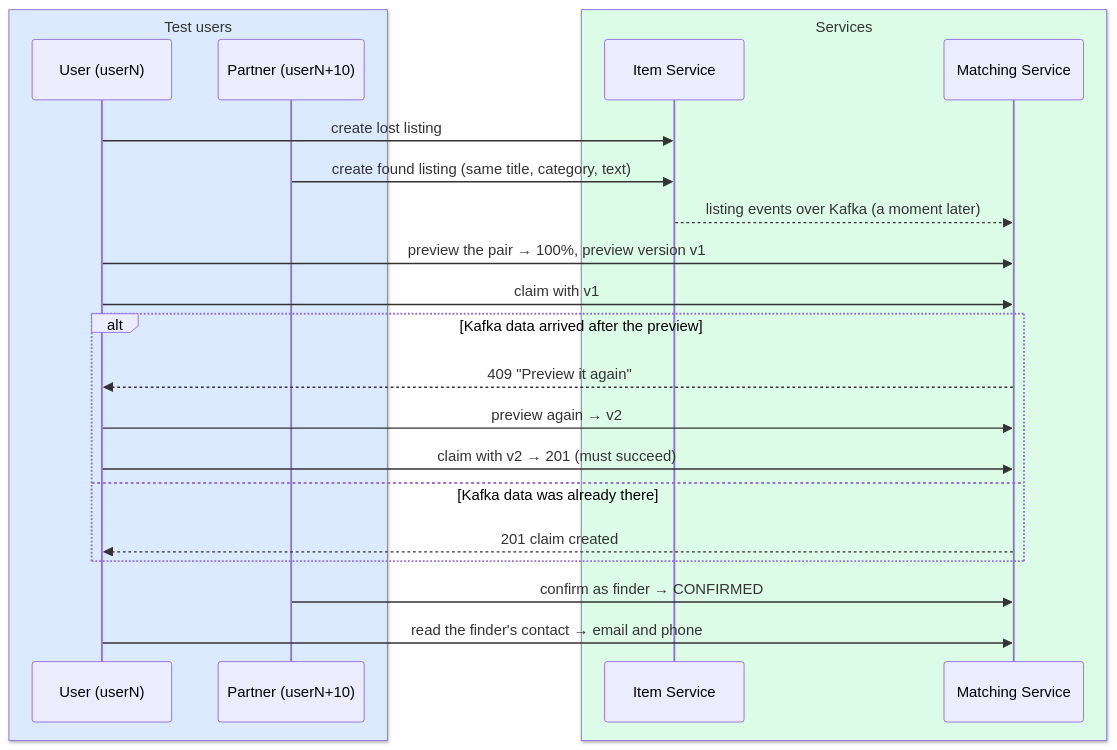
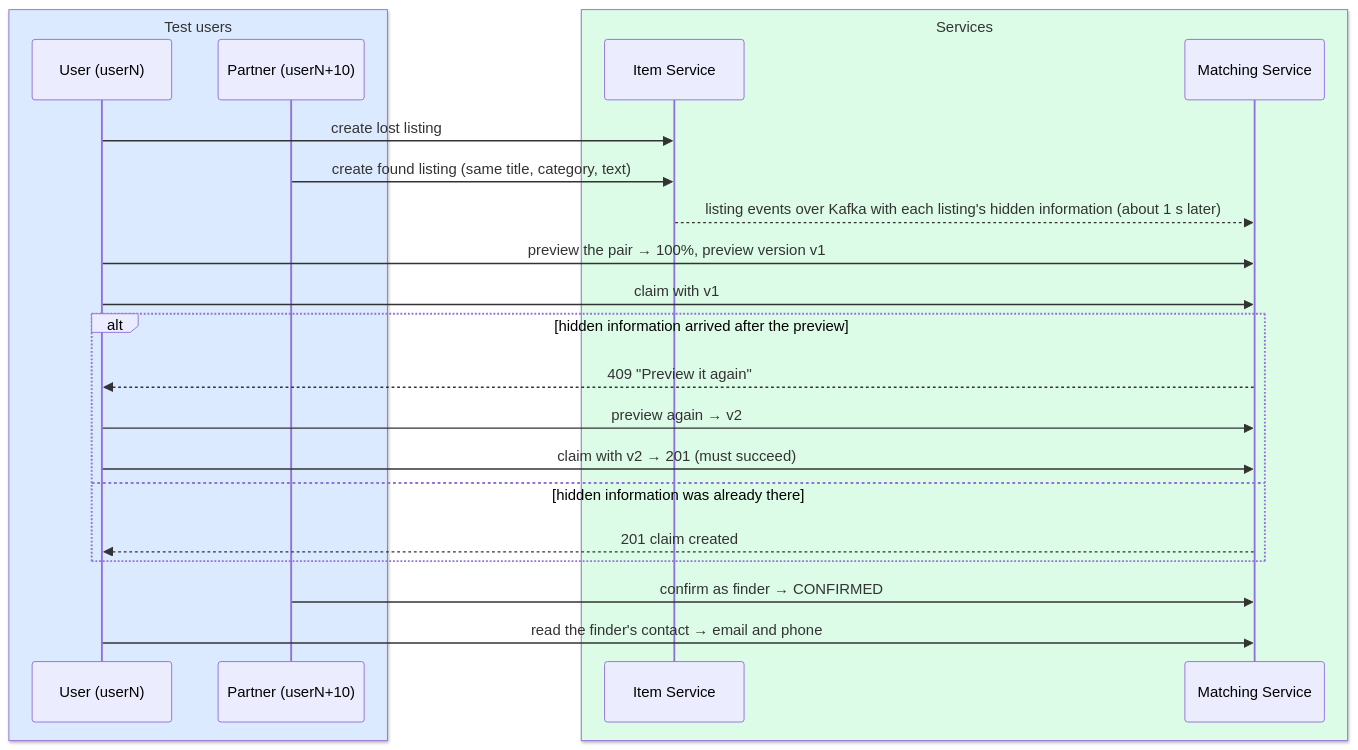
The third of 4 diagrams in testing-pipeline/load-testing/README.md (IT24103447/LostandFoundApp), drawn with Mermaid before and after one commit. The commit also changed other lines of this file and 1 other file, not shown here.

Commit message:
Rewrite the load-testing README for the extended plan: design rationale, output and report guide, diagrams

````diff
--- a/testing-pipeline/load-testing/README.md
+++ b/testing-pipeline/load-testing/README.md
@@ -211,25 +211,25 @@
 ```mermaid
 sequenceDiagram
     box rgb(219,234,254) Test users
         participant U as User (userN)
         participant P as Partner (userN+10)
     end
     box rgb(220,252,231) Services
         participant I as Item Service
         participant M as Matching Service
     end
     U->>I: create lost listing
     P->>I: create found listing (same title, category, text)
-    I-->>M: listing events over Kafka (a moment later)
+    I-->>M: listing events over Kafka with each listing's hidden information (about 1 s later)
     U->>M: preview the pair → 100%, preview version v1
     U->>M: claim with v1
-    alt Kafka data arrived after the preview
+    alt hidden information arrived after the preview
         M-->>U: 409 "Preview it again"
         U->>M: preview again → v2
         U->>M: claim with v2 → 201 (must succeed)
-    else Kafka data was already there
+    else hidden information was already there
         M-->>U: 201 claim created
     end
     P->>M: confirm as finder → CONFIRMED
     U->>M: read the finder's contact → email and phone
 ```
````
